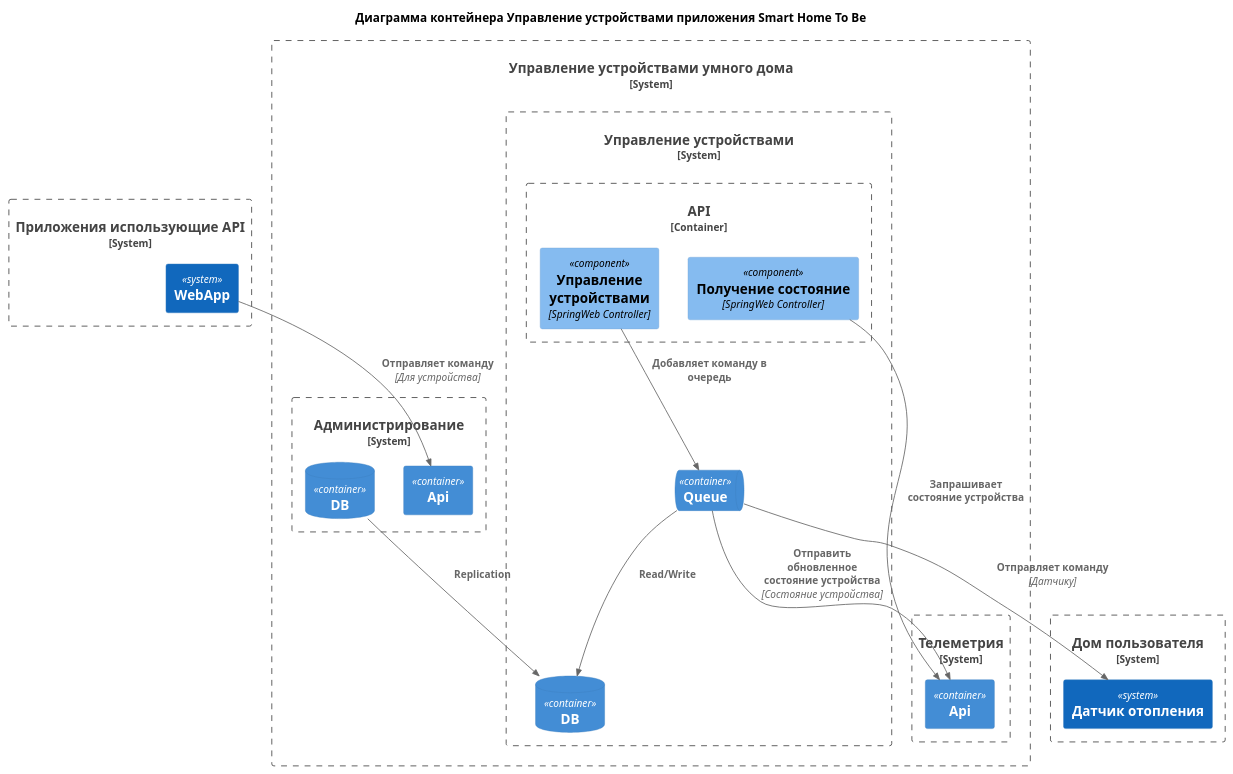
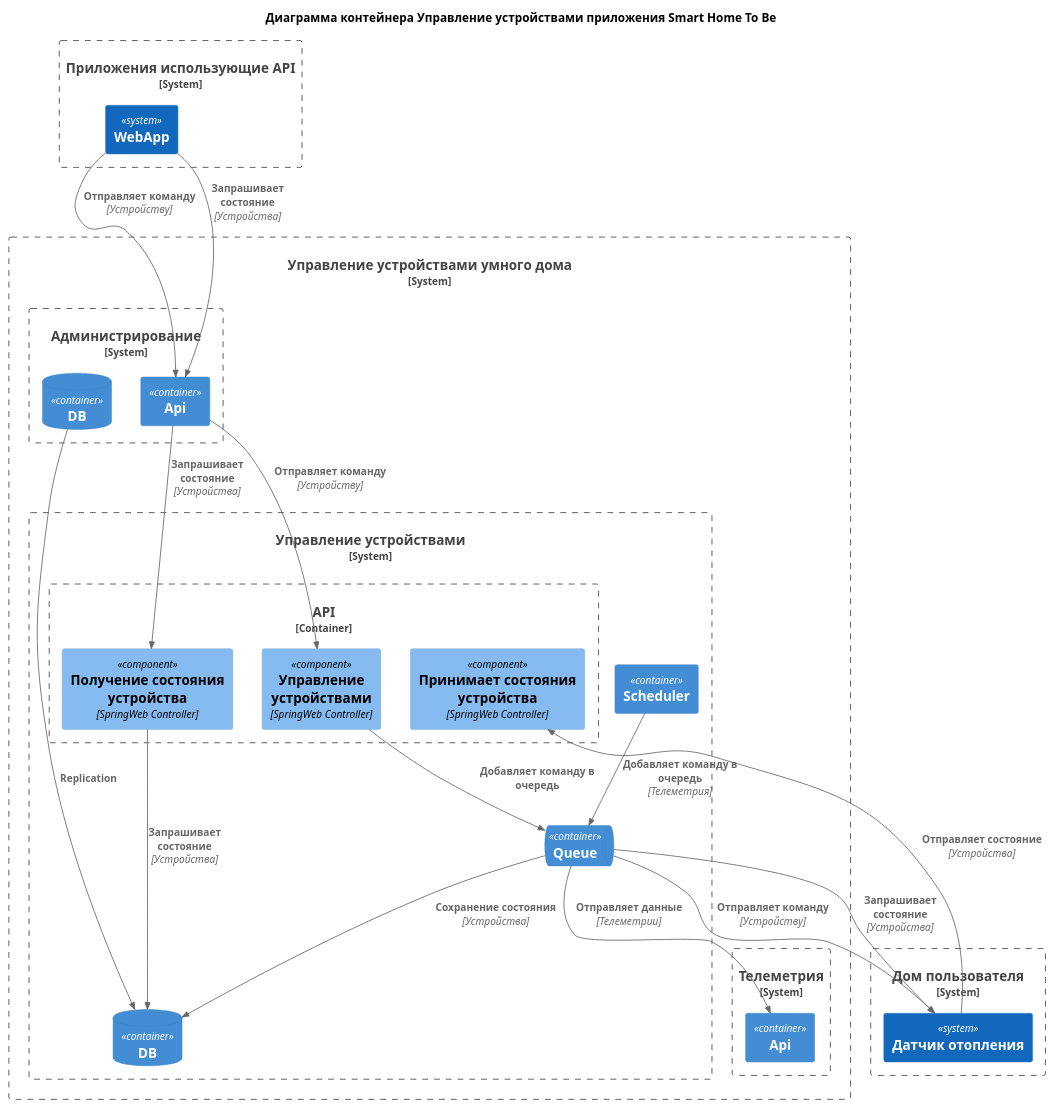
One commit to bezdelnique/ydnx-arch-sprint1 changed the diagram in docs/To Be Component Device Management.puml. Above: the diagram before and after it, drawn with PlantUML. The commit also changed 4 other files, not shown here.

Commit message:
To Be C4 diagrams

```diff
--- a/docs/To Be Component Device Management.puml
+++ b/docs/To Be Component Device Management.puml
@@ -1,51 +1,57 @@
 @startuml
 title "Диаграмма контейнера Управление устройствами приложения Smart Home To Be"
 
 top to bottom direction
 
 !include C4/C4_Component.puml
 
 System_Boundary(SmartHomeApp, "Приложения использующие API") {
     System(WebApp, "WebApp")
 }
 
 System_Boundary(UserHome, "Дом пользователя") {
     System(SensorHeating, "Датчик отопления")
 }
 
-
 System_Boundary(Domain, "Управление устройствами умного дома") {
     System_Boundary(SubdomainManageDevice, "Управление устройствами") {
         Container_Boundary(ManageDeviceApi, "API") {
             Component("DeviceCommandController", "Управление устройствами", "SpringWeb Controller")
-            Component("DeviceStateController", "Получение состояние", "SpringWeb Controller")
+            Component("DeviceStateController", "Получение состояния устройства", "SpringWeb Controller")
+            Component("DeviceDataReceiverController", "Принимает состояния устройства", "SpringWeb Controller")
         }
         ContainerDb(ManageDeviceDb, "DB")
         ContainerQueue(ManageDeviceQueue, "Queue")
+        Container(ManageDeviceScheduler, "Scheduler")
     }
 
     System_Boundary(SubdomainAdministration, "Администрирование") {
         Container(AdministrationApi, "Api")
         ContainerDb(AdministrationDb, "DB")
     }
 
     System_Boundary(TelemetrySystem, "Телеметрия") {
         Container(TelemetryApi, "Api")
     }
 }
 
+Rel(WebApp, AdministrationApi, "Отправляет команду", "Устройству")
+Rel(WebApp, AdministrationApi, "Запрашивает состояние", "Устройства")
+
+Rel(AdministrationApi, DeviceCommandController, "Отправляет команду", "Устройству")
+Rel(AdministrationApi, DeviceStateController, "Запрашивает состояние", "Устройства")
+
+Rel(AdministrationDb, ManageDeviceDb, "Replication")
+Rel(ManageDeviceQueue, ManageDeviceDb, "Сохранение состояния", "Устройства")
+
+Rel(DeviceCommandController, ManageDeviceQueue, "Добавляет команду в очередь")
+Rel(ManageDeviceScheduler, ManageDeviceQueue, "Добавляет команду в очередь", "Телеметрия")
+Rel(DeviceStateController, ManageDeviceDb, "Запрашивает состояние", "Устройства")
+
+Rel(ManageDeviceQueue, SensorHeating, "Отправляет команду", "Устройству")
+Rel(ManageDeviceQueue, SensorHeating, "Запрашивает состояние", "Устройства")
+Rel(SensorHeating, DeviceDataReceiverController, "Отправляет состояние", "Устройства")
+Rel(ManageDeviceQueue, TelemetryApi, "Отправляет данные", "Телеметрии")
 
 
-Rel(AdministrationDb, ManageDeviceDb, "Replication")
-Rel(ManageDeviceQueue, ManageDeviceDb, "Read/Write")
-
-
-Rel(DeviceCommandController, ManageDeviceQueue, "Добавляет команду в очередь")
-Rel(DeviceStateController, TelemetryApi, "Запрашивает состояние устройства")
-
-Rel(ManageDeviceQueue, SensorHeating, "Отправляет команду", "Датчику")
-Rel(ManageDeviceQueue, TelemetryApi, "Отправить обновленное состояние устройства", "Состояние устройства")
-
-Rel(WebApp, AdministrationApi, "Отправляет команду", "Для устройства")
-
 @enduml
```
